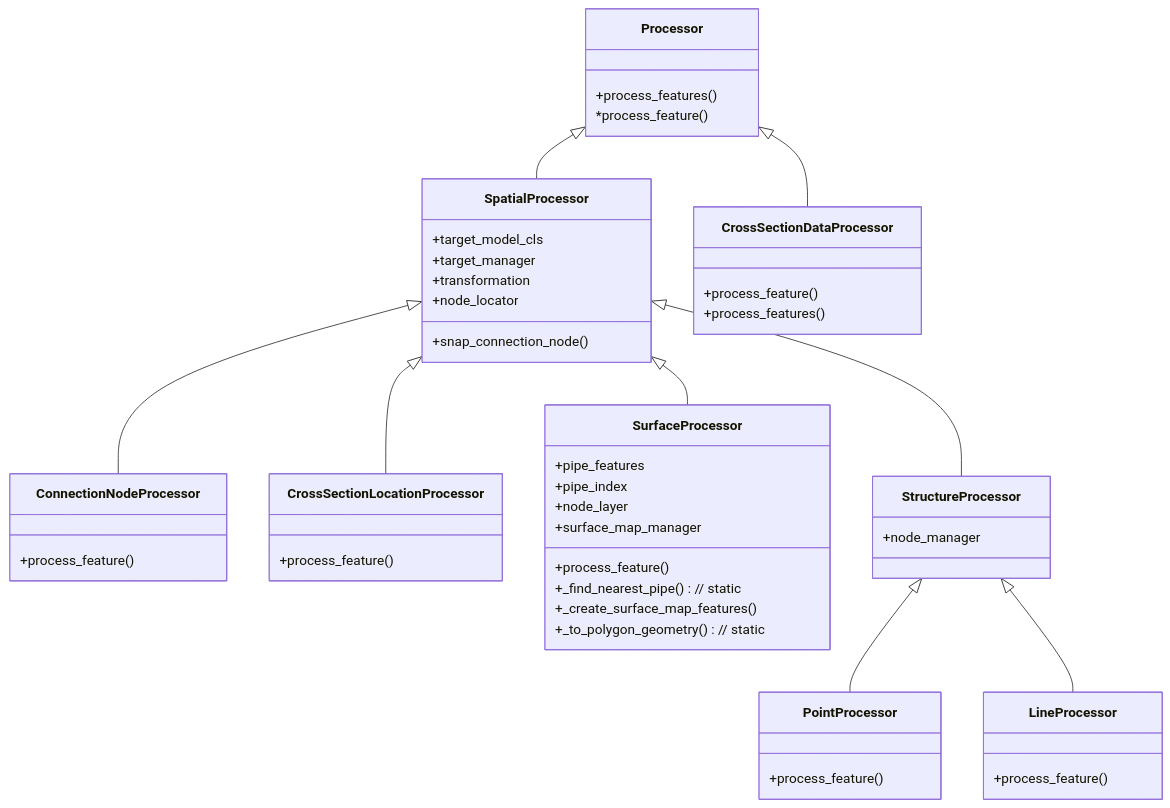
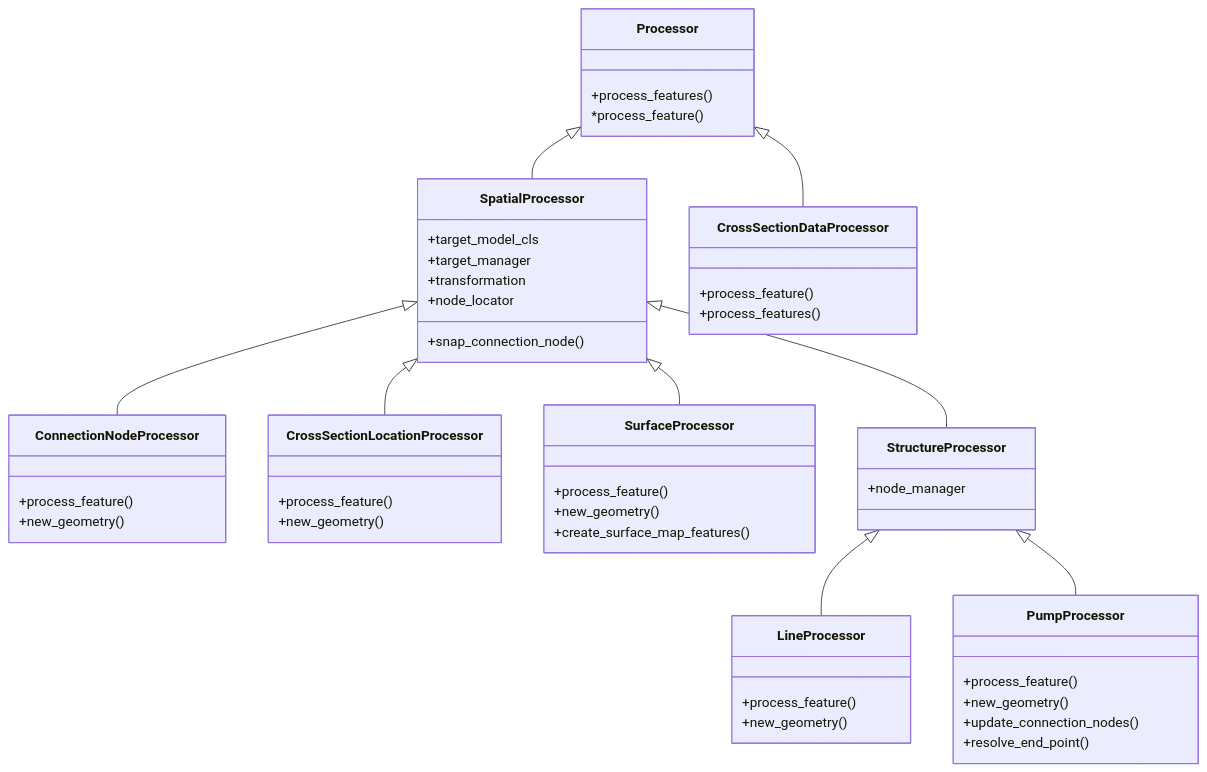
Before and after one commit to nens/threedi-schematisation-editor: the fourth of 5 diagrams in threedi_schematisation_editor/vector_data_importer/DESIGN.md, drawn with Mermaid. The commit also changed other lines of this file and 25 other files, not shown here.

Commit message:
Add pump import with automatic PumpMap creation (#510)

````diff
--- a/threedi_schematisation_editor/vector_data_importer/DESIGN.md
+++ b/threedi_schematisation_editor/vector_data_importer/DESIGN.md
@@ -208,60 +232,61 @@
 ```mermaid
 classDiagram
     Processor <|-- SpatialProcessor
     Processor <|-- CrossSectionDataProcessor
     SpatialProcessor <|-- ConnectionNodeProcessor
     SpatialProcessor <|-- CrossSectionLocationProcessor
     SpatialProcessor <|-- SurfaceProcessor
     SpatialProcessor <|-- StructureProcessor
-    StructureProcessor <|-- PointProcessor
     StructureProcessor <|-- LineProcessor
+    StructureProcessor <|-- PumpProcessor
 
     class Processor {
         +process_features()
         *process_feature()
     }
     
     class CrossSectionDataProcessor {
         +process_feature()
         +process_features()
     }    
 
     class SpatialProcessor {
         +target_model_cls
         +target_manager
         +transformation
         +node_locator
         +snap_connection_node()
     }
 
     class ConnectionNodeProcessor {
         +process_feature()
+        +new_geometry()
     }
     
     class CrossSectionLocationProcessor {
         +process_feature()
+        +new_geometry()
     }
 
     class SurfaceProcessor {
-        +pipe_features
-        +pipe_index
-        +node_layer
-        +surface_map_manager
         +process_feature()
-        +_find_nearest_pipe() // static
-        +_create_surface_map_features()
-        +_to_polygon_geometry() // static
+        +new_geometry()
+        +create_surface_map_features()
     }
 
     class StructureProcessor {
         +node_manager
     }
 
-    class PointProcessor {
+    class LineProcessor {
         +process_feature()
+        +new_geometry()
     }
 
-    class LineProcessor {
+    class PumpProcessor {
         +process_feature()
+        +new_geometry()
+        +update_connection_nodes()
+        +resolve_end_point()
     }
 ```
````
